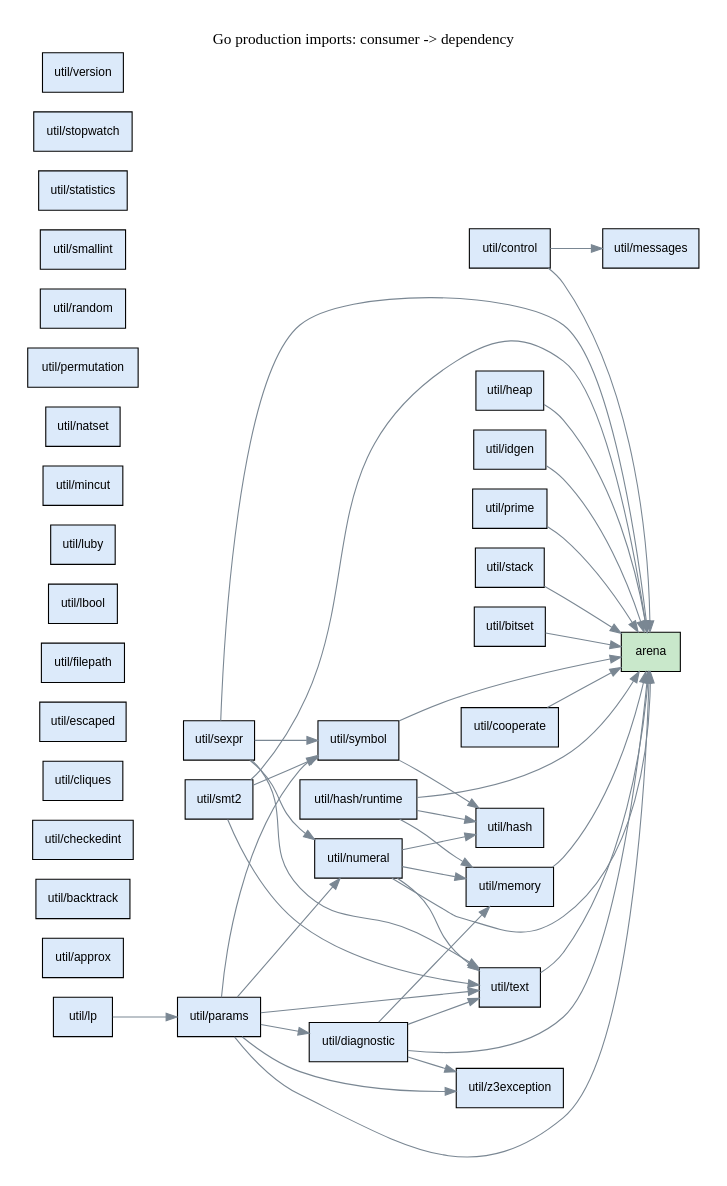
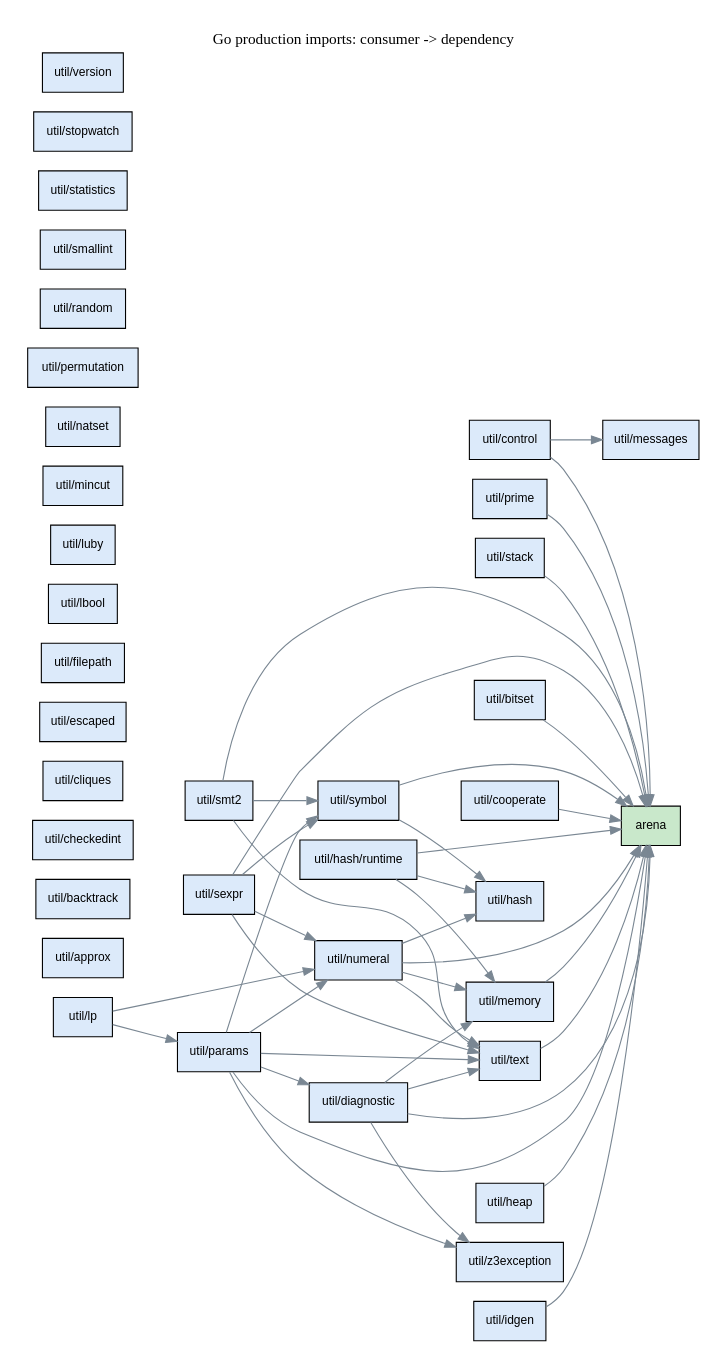
One commit to glycerine/g3-preview changed the diagram in doc/util_dependencies.dot. Above: the diagram before and after it, drawn with Graphviz. The commit also changed 11 other files, not shown here.

```diff
--- a/doc/util_dependencies.dot
+++ b/doc/util_dependencies.dot
@@ -1,82 +1,83 @@
 digraph packages {
   rankdir=LR;
   graph [bgcolor=white, pad=0.25];
   node [shape=box, fontname="sans-serif", fontsize=11];
   edge [color="#7a8793"];
   label="Go production imports: consumer -> dependency";
   labelloc=t;
   "arena" [style=filled, fillcolor="#c9e8cb"];
   "util/approx" [style=filled, fillcolor="#dceafa"];
   "util/backtrack" [style=filled, fillcolor="#dceafa"];
   "util/bitset" [style=filled, fillcolor="#dceafa"];
   "util/bitset" -> "arena";
   "util/checkedint" [style=filled, fillcolor="#dceafa"];
   "util/cliques" [style=filled, fillcolor="#dceafa"];
   "util/control" [style=filled, fillcolor="#dceafa"];
   "util/control" -> "arena";
   "util/control" -> "util/messages";
   "util/cooperate" [style=filled, fillcolor="#dceafa"];
   "util/cooperate" -> "arena";
   "util/diagnostic" [style=filled, fillcolor="#dceafa"];
   "util/diagnostic" -> "arena";
   "util/diagnostic" -> "util/memory";
   "util/diagnostic" -> "util/text";
   "util/diagnostic" -> "util/z3exception";
   "util/escaped" [style=filled, fillcolor="#dceafa"];
   "util/filepath" [style=filled, fillcolor="#dceafa"];
   "util/hash" [style=filled, fillcolor="#dceafa"];
   "util/hash/runtime" [style=filled, fillcolor="#dceafa"];
   "util/hash/runtime" -> "arena";
   "util/hash/runtime" -> "util/hash";
   "util/hash/runtime" -> "util/memory";
   "util/heap" [style=filled, fillcolor="#dceafa"];
   "util/heap" -> "arena";
   "util/idgen" [style=filled, fillcolor="#dceafa"];
   "util/idgen" -> "arena";
   "util/lbool" [style=filled, fillcolor="#dceafa"];
   "util/lp" [style=filled, fillcolor="#dceafa"];
+  "util/lp" -> "util/numeral";
   "util/lp" -> "util/params";
   "util/luby" [style=filled, fillcolor="#dceafa"];
   "util/memory" [style=filled, fillcolor="#dceafa"];
   "util/memory" -> "arena";
   "util/messages" [style=filled, fillcolor="#dceafa"];
   "util/mincut" [style=filled, fillcolor="#dceafa"];
   "util/natset" [style=filled, fillcolor="#dceafa"];
   "util/numeral" [style=filled, fillcolor="#dceafa"];
   "util/numeral" -> "arena";
   "util/numeral" -> "util/hash";
   "util/numeral" -> "util/memory";
   "util/numeral" -> "util/text";
   "util/params" [style=filled, fillcolor="#dceafa"];
   "util/params" -> "arena";
   "util/params" -> "util/diagnostic";
   "util/params" -> "util/numeral";
   "util/params" -> "util/symbol";
   "util/params" -> "util/text";
   "util/params" -> "util/z3exception";
   "util/permutation" [style=filled, fillcolor="#dceafa"];
   "util/prime" [style=filled, fillcolor="#dceafa"];
   "util/prime" -> "arena";
   "util/random" [style=filled, fillcolor="#dceafa"];
   "util/sexpr" [style=filled, fillcolor="#dceafa"];
   "util/sexpr" -> "arena";
   "util/sexpr" -> "util/numeral";
   "util/sexpr" -> "util/symbol";
   "util/sexpr" -> "util/text";
   "util/smallint" [style=filled, fillcolor="#dceafa"];
   "util/smt2" [style=filled, fillcolor="#dceafa"];
   "util/smt2" -> "arena";
   "util/smt2" -> "util/symbol";
   "util/smt2" -> "util/text";
   "util/stack" [style=filled, fillcolor="#dceafa"];
   "util/stack" -> "arena";
   "util/statistics" [style=filled, fillcolor="#dceafa"];
   "util/stopwatch" [style=filled, fillcolor="#dceafa"];
   "util/symbol" [style=filled, fillcolor="#dceafa"];
   "util/symbol" -> "arena";
   "util/symbol" -> "util/hash";
   "util/text" [style=filled, fillcolor="#dceafa"];
   "util/text" -> "arena";
   "util/version" [style=filled, fillcolor="#dceafa"];
   "util/z3exception" [style=filled, fillcolor="#dceafa"];
 }
```
